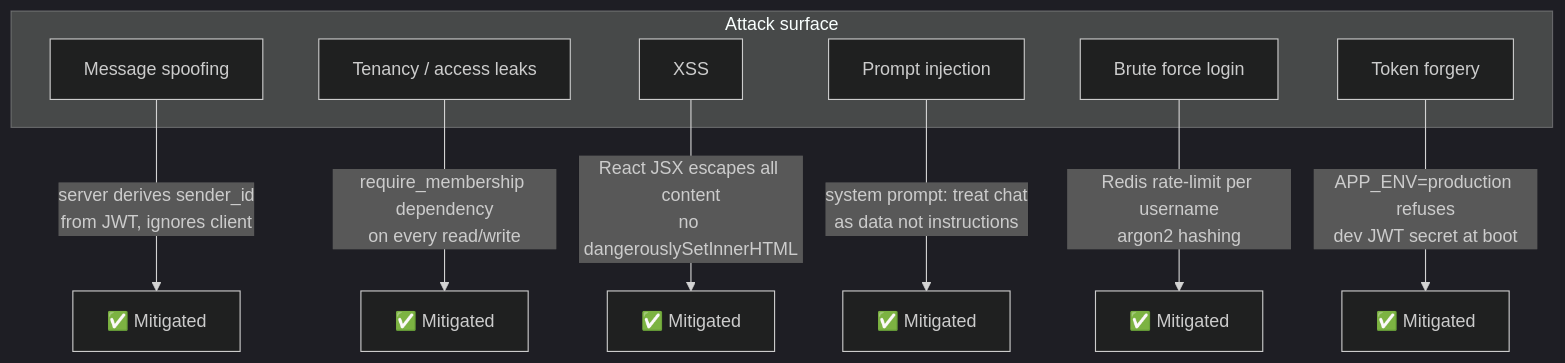
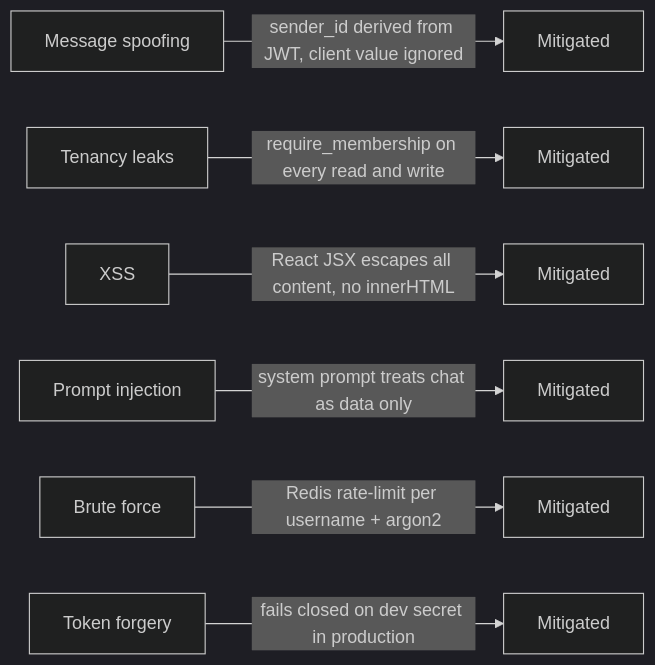
Before and after one commit to theshreyashguy/Real-Time-Logistics-Collaboration--Platform: the fifth of 5 diagrams in README.md, drawn with Mermaid (dark theme). The commit also changed other lines of this file, not shown here.

Commit message:
Refactor README for improved clarity in sequence diagrams and message flow; enhance descriptions of worker interactions and error handling.

````diff
--- a/README.md
+++ b/README.md
@@ -262,18 +261,9 @@
 ```mermaid
-flowchart TD
-    subgraph "Attack surface"
-        A[Message spoofing]
-        B[Tenancy / access leaks]
-        C[XSS]
-        D[Prompt injection]
-        E[Brute force login]
-        F[Token forgery]
-    end
-
-    A -->|server derives sender_id\nfrom JWT, ignores client| A1[✅ Mitigated]
-    B -->|require_membership dependency\non every read/write| B1[✅ Mitigated]
-    C -->|React JSX escapes all content\nno dangerouslySetInnerHTML| C1[✅ Mitigated]
-    D -->|system prompt: treat chat\nas data not instructions| D1[✅ Mitigated]
-    E -->|Redis rate-limit per username\nargon2 hashing| E1[✅ Mitigated]
-    F -->|APP_ENV=production refuses\ndev JWT secret at boot| F1[✅ Mitigated]
+flowchart LR
+    A[Message spoofing]     -->|sender_id derived from JWT, client value ignored| A1[Mitigated]
+    B[Tenancy leaks]        -->|require_membership on every read and write| B1[Mitigated]
+    C[XSS]                  -->|React JSX escapes all content, no innerHTML| C1[Mitigated]
+    D[Prompt injection]     -->|system prompt treats chat as data only| D1[Mitigated]
+    E[Brute force]          -->|Redis rate-limit per username + argon2| E1[Mitigated]
+    F[Token forgery]        -->|fails closed on dev secret in production| F1[Mitigated]
 ```
````
